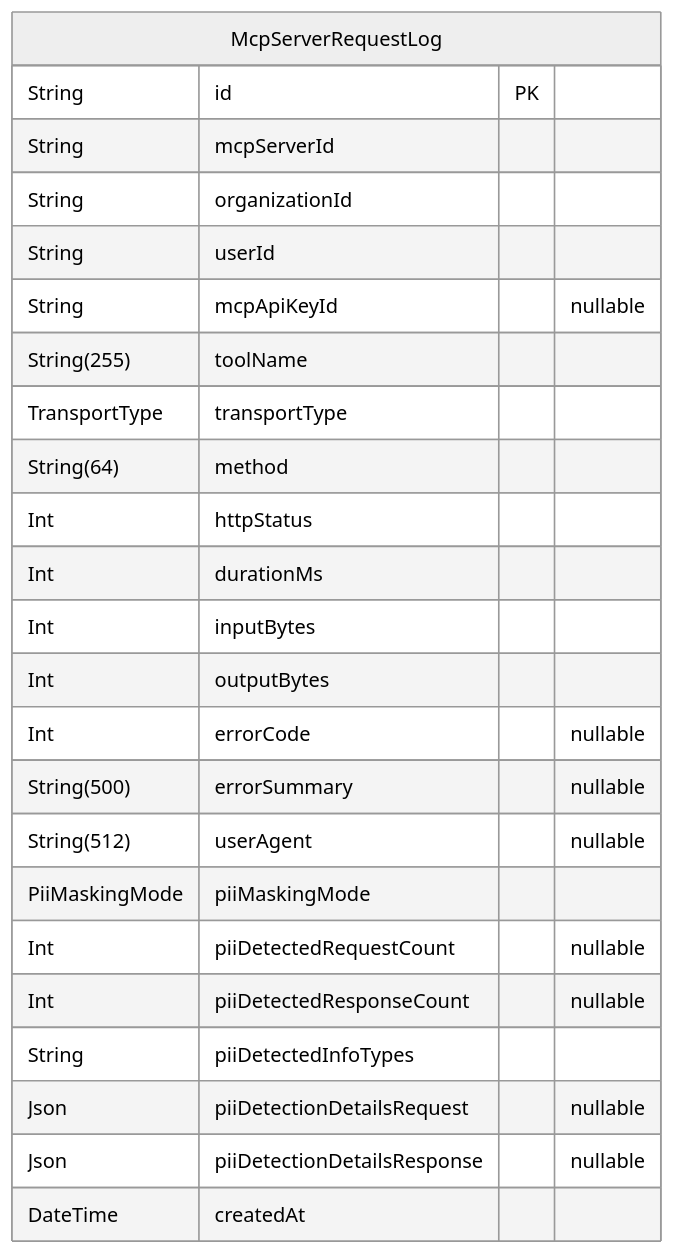
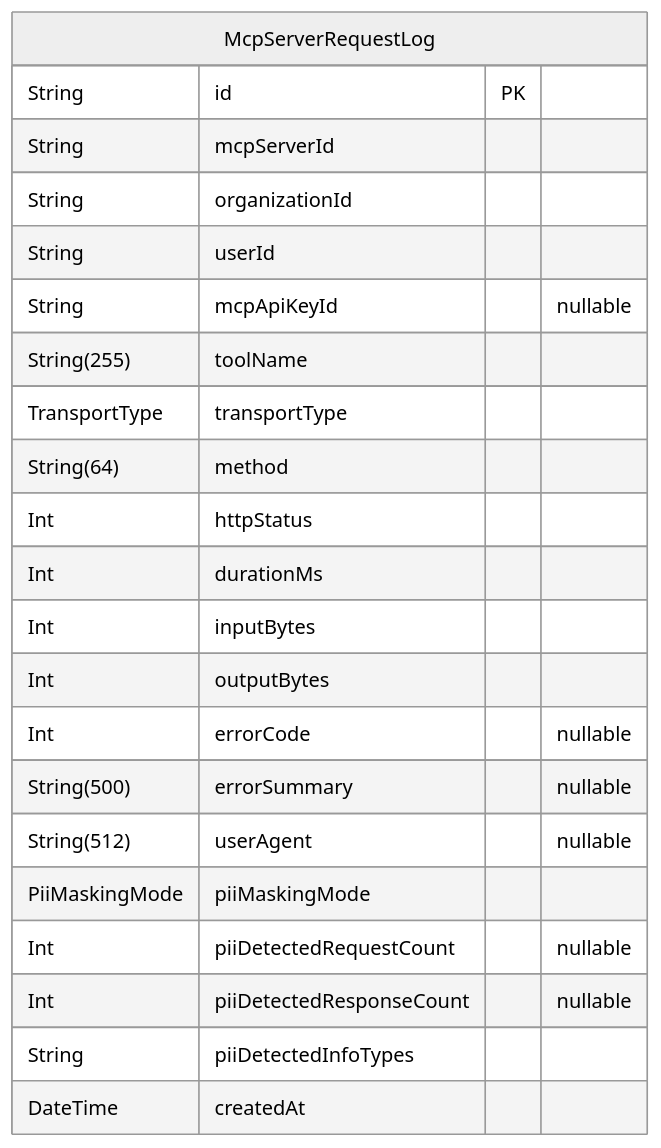
One commit to rayven122/tumiki changed the sixth of 9 diagrams in packages/db/prisma/README.md. Above: the diagram before and after it, drawn with Mermaid (neutral theme). The commit also changed other lines of this file and 5 other files, not shown here.

````diff
--- a/packages/db/prisma/README.md
+++ b/packages/db/prisma/README.md
@@ -448,27 +448,25 @@
 ```mermaid
 erDiagram
 "McpServerRequestLog" {
   String id PK
   String mcpServerId
   String organizationId
   String userId
   String mcpApiKeyId "nullable"
   String(255) toolName
   TransportType transportType
   String(64) method
   Int httpStatus
   Int durationMs
   Int inputBytes
   Int outputBytes
   Int errorCode "nullable"
   String(500) errorSummary "nullable"
   String(512) userAgent "nullable"
   PiiMaskingMode piiMaskingMode
   Int piiDetectedRequestCount "nullable"
   Int piiDetectedResponseCount "nullable"
   String piiDetectedInfoTypes
-  Json piiDetectionDetailsRequest "nullable"
-  Json piiDetectionDetailsResponse "nullable"
   DateTime createdAt
 }
 ```
````
